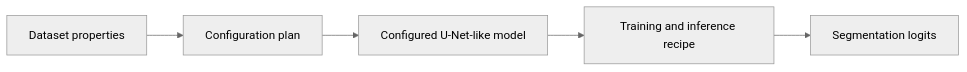
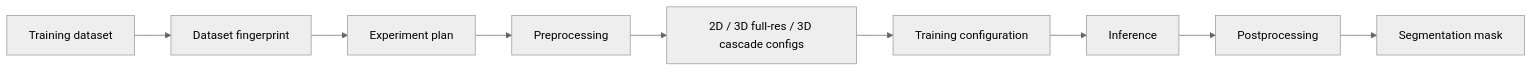
The diagram in docs/architectures/nnunet.md (LeonSilva15/medical-image-segmentation-architectures), drawn with Mermaid (neutral theme) before and after one commit. The commit also changed other lines of this file, not shown here.

````diff
--- a/docs/architectures/nnunet.md
+++ b/docs/architectures/nnunet.md
@@ -19,10 +38,14 @@
 ```mermaid
 graph LR
-    Data["Dataset properties"]
-    Plan["Configuration plan"]
-    Model["Configured U-Net-like model"]
-    Train["Training and inference recipe"]
-    Output["Segmentation logits"]
+    Data["Training dataset"]
+    Fingerprint["Dataset fingerprint"]
+    Plan["Experiment plan"]
+    Preprocess["Preprocessing"]
+    Configs["2D / 3D full-res / 3D cascade configs"]
+    Train["Training configuration"]
+    Infer["Inference"]
+    Post["Postprocessing"]
+    Output["Segmentation mask"]
 
-    Data --> Plan --> Model --> Train --> Output
+    Data --> Fingerprint --> Plan --> Preprocess --> Configs --> Train --> Infer --> Post --> Output
 ```
````
